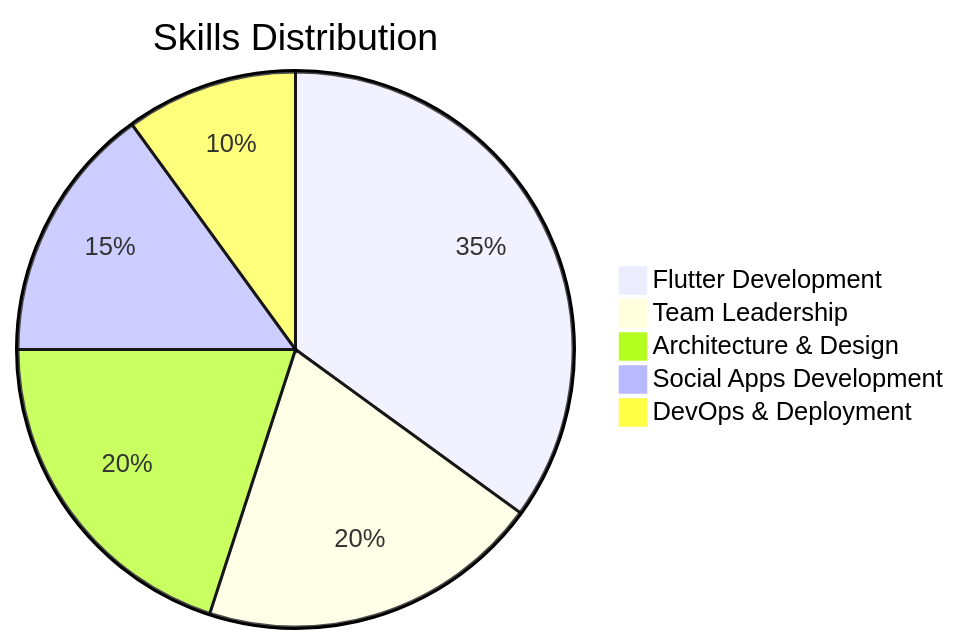
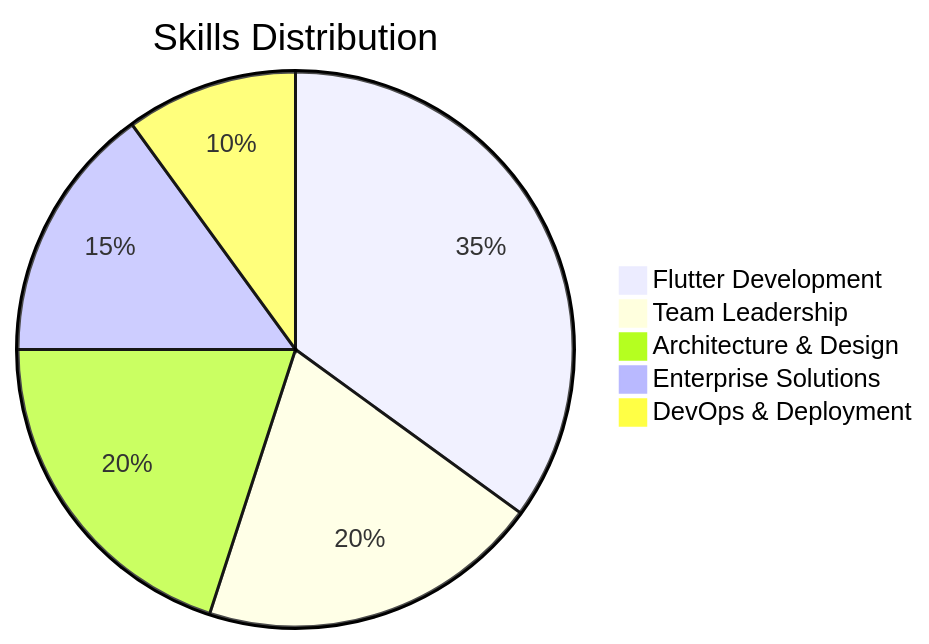
The third of 4 diagrams in README.md (MohammedHosny2002/MohammedHosny2002), drawn with Mermaid before and after one commit. The commit also changed other lines of this file, not shown here.

````diff
--- a/README.md
+++ b/README.md
@@ -315,8 +314,8 @@
 ```mermaid
 pie title Skills Distribution
     "Flutter Development" : 35
     "Team Leadership" : 20
     "Architecture & Design" : 20
-    "Social Apps Development" : 15
+    "Enterprise Solutions" : 15
     "DevOps & Deployment" : 10
 ```
````
